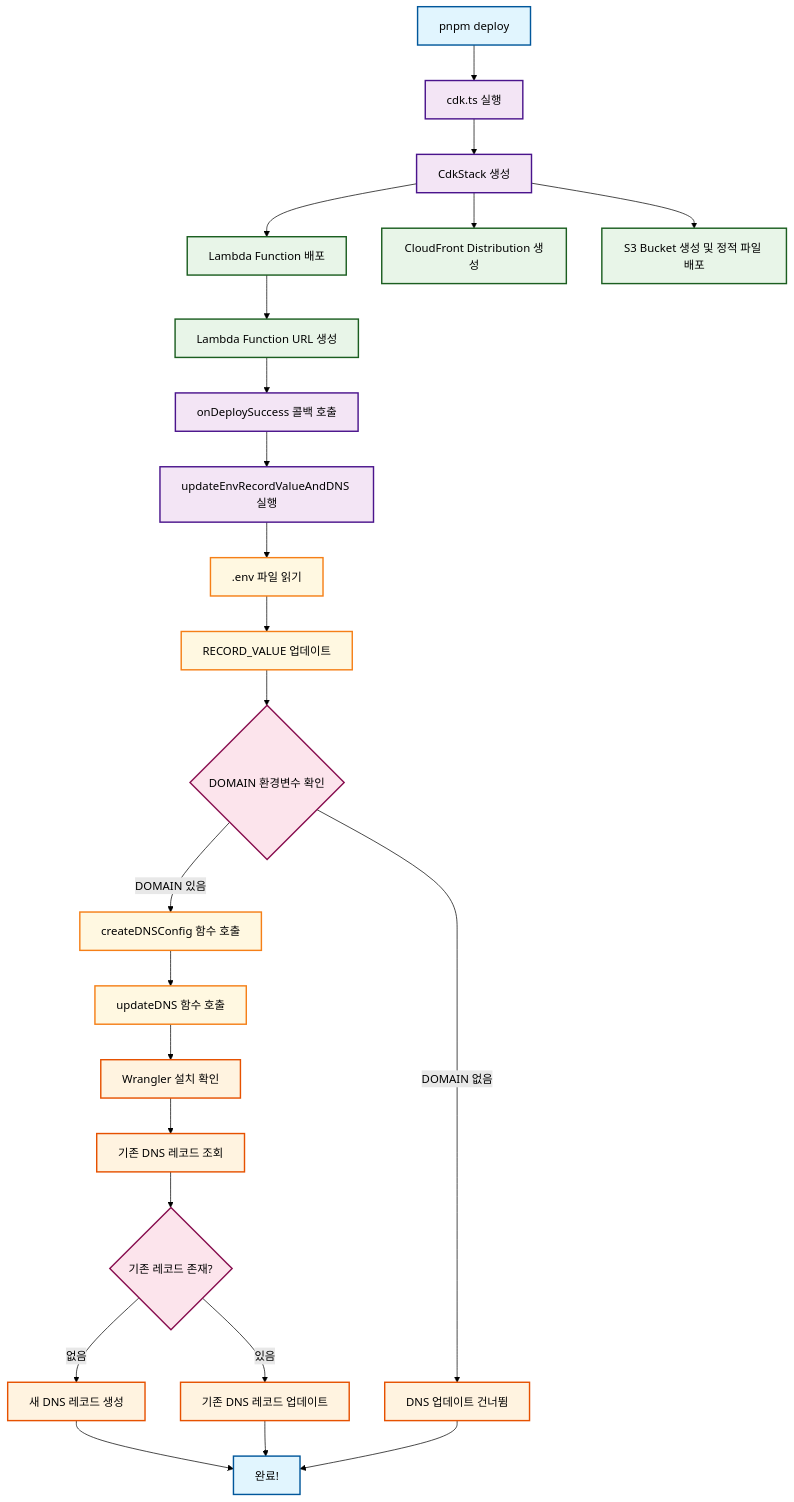
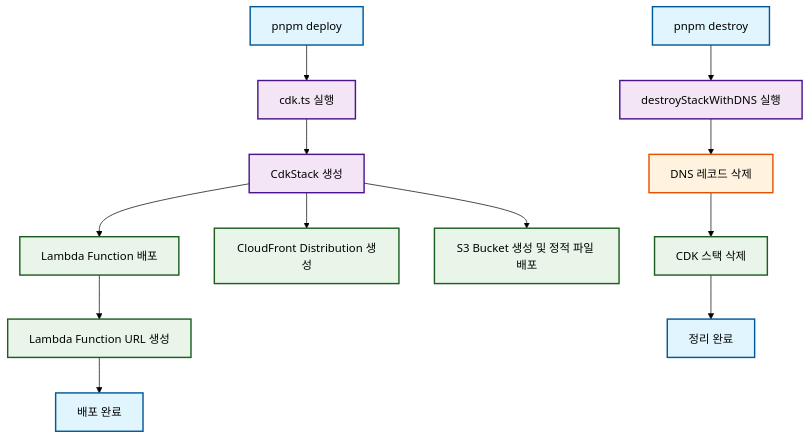
The diagram in prj-scripts/templates/infra/infrastructure-readme.md (shoveller/initial-script-recipes), drawn with Mermaid (forest theme) before and after one commit. The commit also changed other lines of this file and 3 other files, not shown here.

````diff
--- a/prj-scripts/templates/infra/infrastructure-readme.md
+++ b/prj-scripts/templates/infra/infrastructure-readme.md
@@ -13,47 +12,26 @@
 ```mermaid
 graph TD
     A[pnpm deploy] --> B[cdk.ts 실행]
     B --> C[CdkStack 생성]
     C --> D[Lambda Function 배포]
     C --> E[CloudFront Distribution 생성]
     C --> F[S3 Bucket 생성 및 정적 파일 배포]
     
     D --> G[Lambda Function URL 생성]
-    G --> H[onDeploySuccess 콜백 호출]
-    H --> I[updateEnvRecordValueAndDNS 실행]
+    G --> H[배포 완료]
     
-    I --> J[.env 파일 읽기]
-    J --> K[RECORD_VALUE 업데이트]
-    K --> L{DOMAIN 환경변수 확인}
-    
-    L -->|DOMAIN 없음| M[DNS 업데이트 건너뜀]
-    L -->|DOMAIN 있음| N[createDNSConfig 함수 호출]
-    
-    N --> O[updateDNS 함수 호출]
-    O --> Q[Wrangler 설치 확인]
-    
-    Q --> S[기존 DNS 레코드 조회]
-    
-    S --> U{기존 레코드 존재?}
-    
-    U -->|없음| W[새 DNS 레코드 생성]
-    U -->|있음| X[기존 DNS 레코드 업데이트]
-    
-    W --> AA[완료!]
-    X --> AA
-    M --> AA
+    I[pnpm destroy] --> J[destroyStackWithDNS 실행]
+    J --> K[DNS 레코드 삭제]
+    K --> L[CDK 스택 삭제]
+    L --> M[정리 완료]
     
     classDef startEnd fill:#e1f5fe,stroke:#01579b,stroke-width:2px,color:#000000
     classDef cdk fill:#f3e5f5,stroke:#4a148c,stroke-width:2px,color:#000000
     classDef aws fill:#e8f5e8,stroke:#1b5e20,stroke-width:2px,color:#000000
-    classDef env fill:#fff8e1,stroke:#f57f17,stroke-width:2px,color:#000000
     classDef dns fill:#fff3e0,stroke:#e65100,stroke-width:2px,color:#000000
-    classDef decision fill:#fce4ec,stroke:#880e4f,stroke-width:2px,color:#000000
     
-    class A,AA startEnd
-    class B,C,H,I cdk
-    class D,E,F,G aws
-    class J,K,N,O env
-    class Q,S,W,X,M dns
-    class L,U decision
+    class A,H,I,M startEnd
+    class B,C,J cdk
+    class D,E,F,G,L aws
+    class K dns
 ```
````
